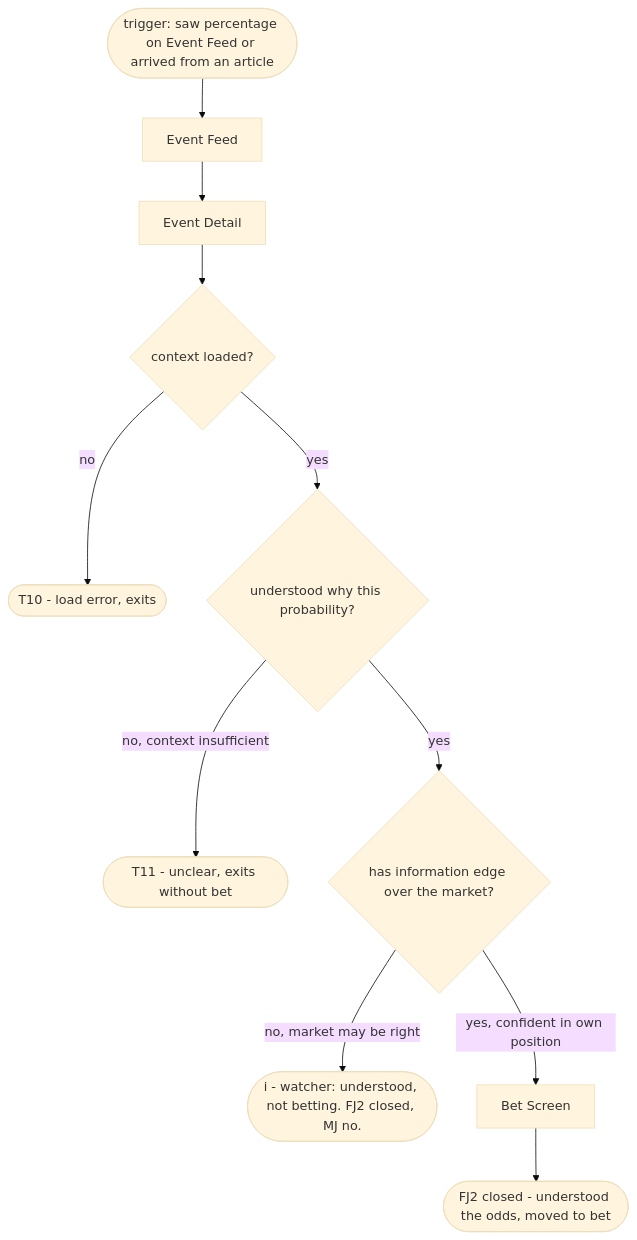
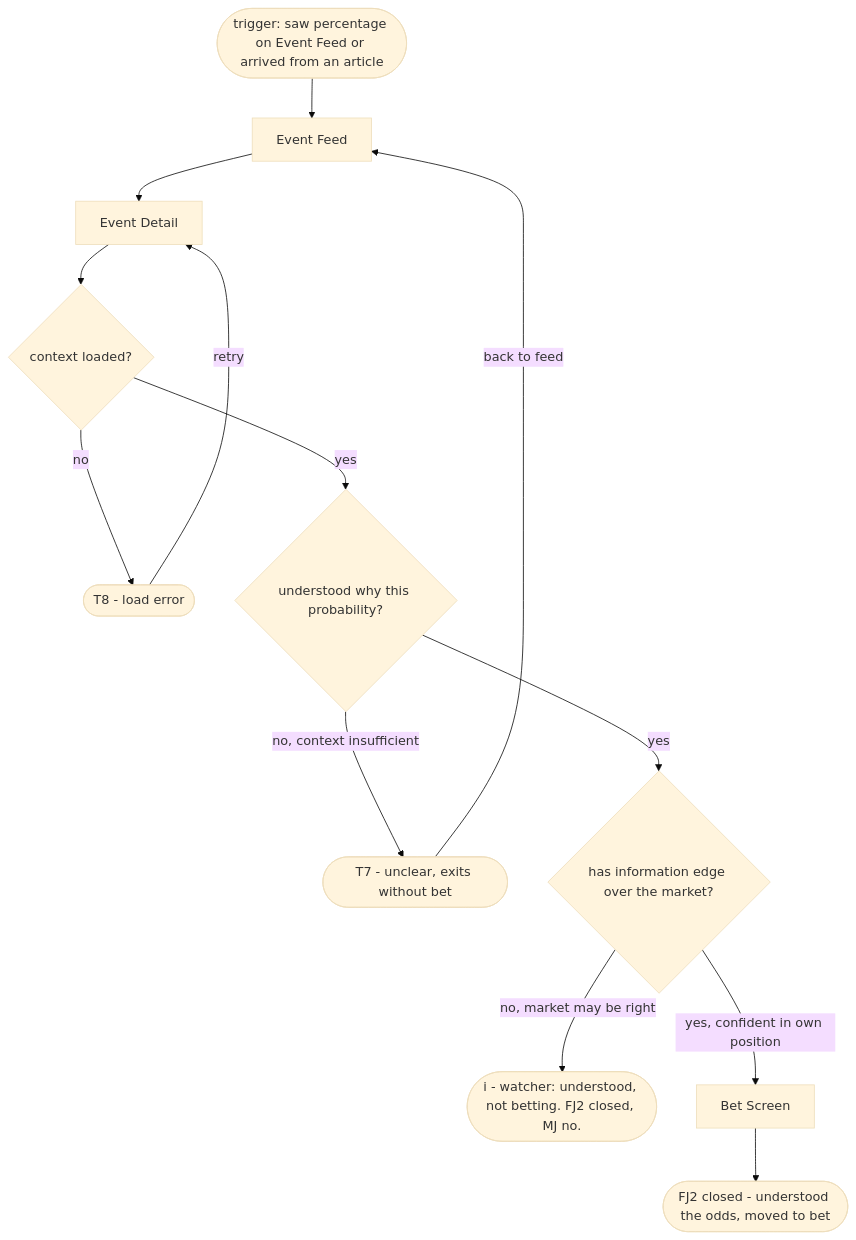
The second of 4 diagrams in flows.md (sergiodesign4u-dot/predict-market), drawn with Mermaid (base theme) before and after one commit. The commit also changed other lines of this file, not shown here.

````diff
--- a/flows.md
+++ b/flows.md
@@ -70,18 +109,20 @@
 ```mermaid
 flowchart TD
     trigger(["trigger: saw percentage on Event Feed or arrived from an article"])
     trigger --> EF["Event Feed"]
     EF --> ED["Event Detail"]
 
     ED --> ctxOk{"context loaded?"}
-    ctxOk -->|"no"| T10(["T10 - load error, exits"])
+    ctxOk -->|"no"| T8(["T8 - load error"])
+    T8 -->|"retry"| ED
     ctxOk -->|"yes"| understood{"understood why this probability?"}
 
-    understood -->|"no, context insufficient"| T11(["T11 - unclear, exits without bet"])
+    understood -->|"no, context insufficient"| T7(["T7 - unclear, exits without bet"])
+    T7 -->|"back to feed"| EF
     understood -->|"yes"| hasEdge{"has information edge over the market?"}
 
     hasEdge -->|"no, market may be right"| watcher(["i - watcher: understood, not betting. FJ2 closed, MJ no."])
     hasEdge -->|"yes, confident in own position"| BS["Bet Screen"]
 
     BS --> fj2Done(["FJ2 closed - understood the odds, moved to bet"])
 ```
````
